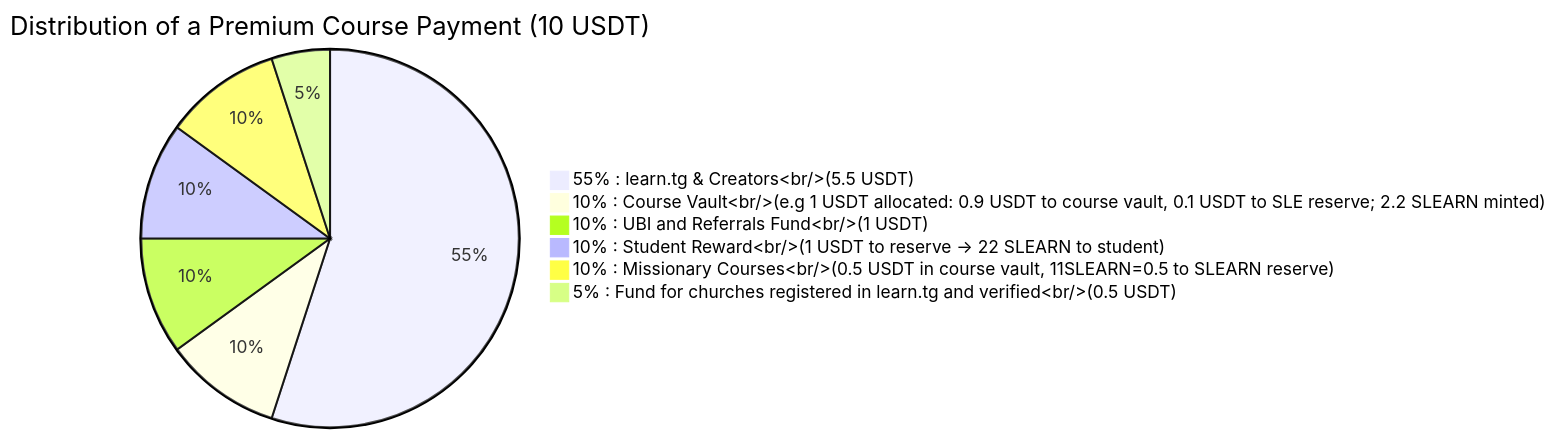
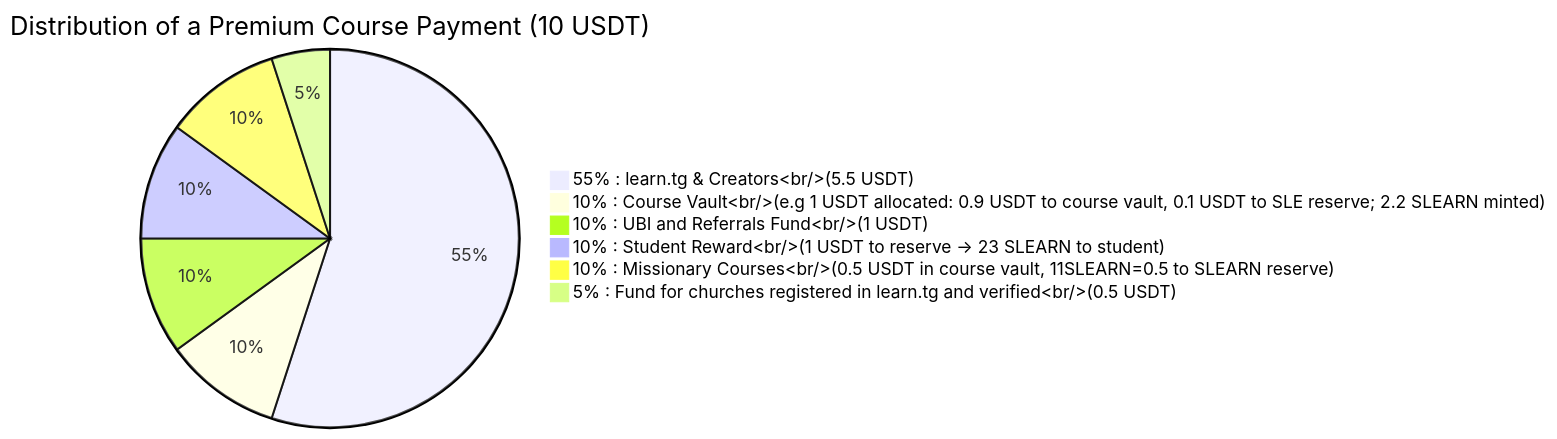
One commit to pasosdeJesus/learn.tg changed the second of 3 diagrams in SLEARN-WHITEPAPER.md. Above: the diagram before and after it, drawn with Mermaid. The commit also changed other lines of this file, not shown here.

````diff
--- a/SLEARN-WHITEPAPER.md
+++ b/SLEARN-WHITEPAPER.md
@@ -127,10 +127,10 @@
 ```mermaid
 pie
     title Distribution of a Premium Course Payment (10 USDT)
     "55% : learn.tg & Creators<br/>(5.5 USDT)" : 55
     "10% : Course Vault<br/>(e.g 1 USDT allocated: 0.9 USDT to course vault, 0.1 USDT to SLE reserve; 2.2 SLEARN minted)" : 10
     "10% : UBI and Referrals Fund<br/>(1 USDT)" : 10
-    "10% : Student Reward<br/>(1 USDT to reserve → 22 SLEARN to student)" : 10
+    "10% : Student Reward<br/>(1 USDT to reserve → 23 SLEARN to student)" : 10
     "10% : Missionary Courses<br/>(0.5 USDT in course vault, 11SLEARN=0.5 to SLEARN reserve)" : 10
     "5% : Fund for churches registered in learn.tg and verified<br/>(0.5 USDT)" : 5
 ```
````
